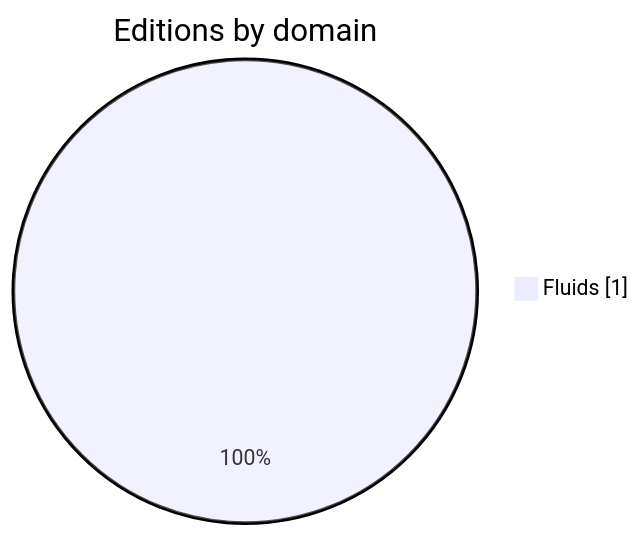
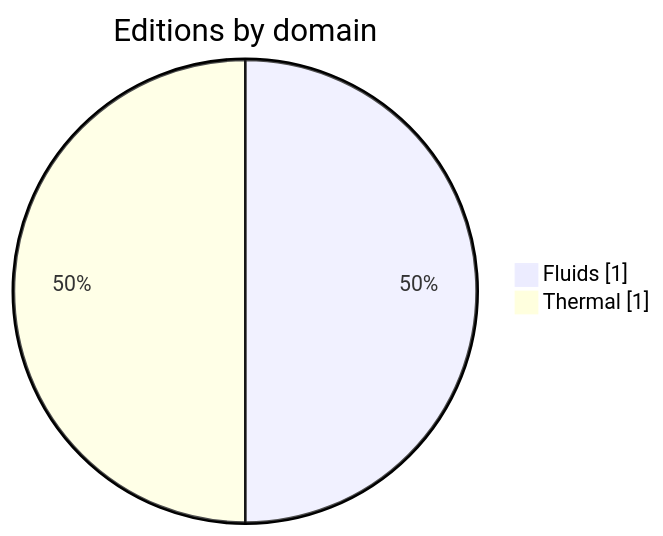
One commit to omax404/acta-problemata changed the second of 2 diagrams in README.md. Above: the diagram before and after it, drawn with Mermaid. The commit also changed other lines of this file and 7 other files, not shown here.

````diff
--- a/README.md
+++ b/README.md
@@ -153,4 +154,5 @@
 ```mermaid
 pie showData title Editions by domain
   "Fluids" : 1
+  "Thermal" : 1
 ```
````
